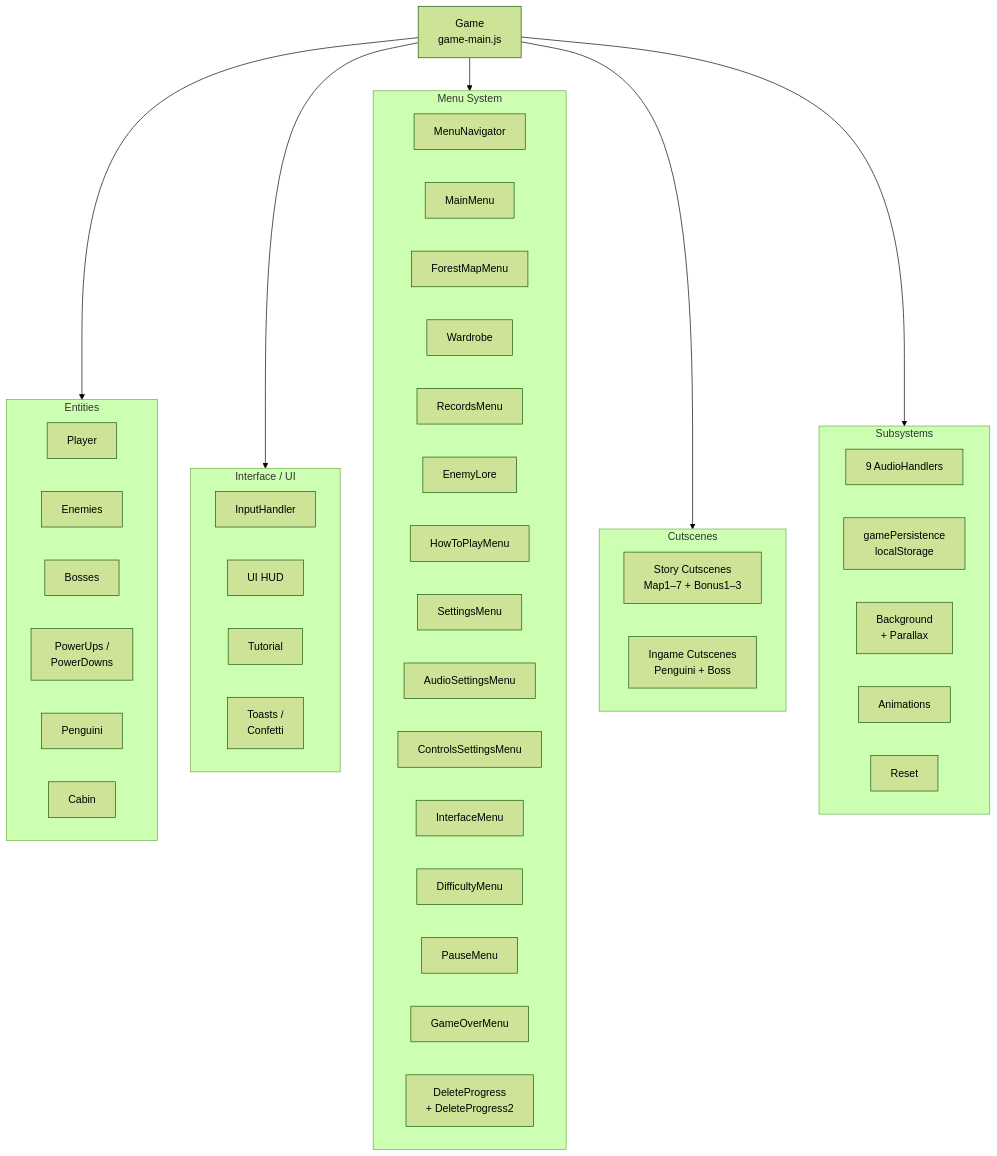
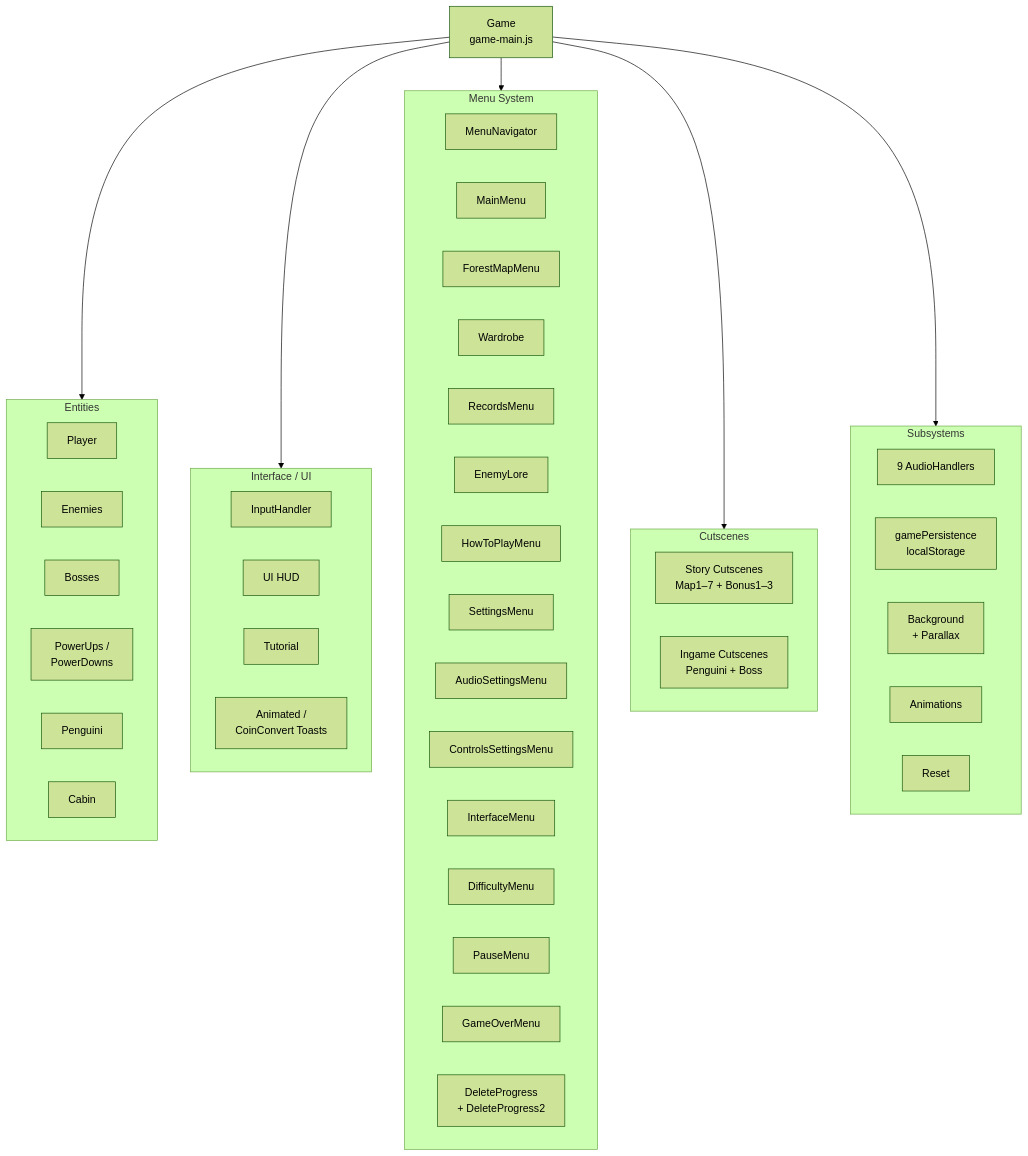
The second of 11 diagrams in ARCHITECTURE.md (danialjivraj/firedog), drawn with Mermaid (forest theme) before and after one commit. The commit also changed other lines of this file, not shown here.

Commit message:
updating architecture

````diff
--- a/ARCHITECTURE.md
+++ b/ARCHITECTURE.md
@@ -33,57 +35,57 @@
 ```mermaid
 flowchart TB
     Game[Game<br/>game-main.js]
 
     subgraph Entities["Entities"]
         Player
         Enemies
         Bosses
         PowerUps[PowerUps /<br/>PowerDowns]
         Penguini
         Cabin
     end
 
     subgraph UI["Interface / UI"]
         Input[InputHandler]
         UIHud[UI HUD]
         Tutorial
-        Toasts[Toasts /<br/>Confetti]
+        Toasts[Animated /<br/>CoinConvert Toasts]
     end
 
     subgraph Menus["Menu System"]
         MN[MenuNavigator]
         Main[MainMenu]
         Forest[ForestMapMenu]
         Wardrobe
         Records[RecordsMenu]
         Lore[EnemyLore]
         HTP[HowToPlayMenu]
         Settings[SettingsMenu]
         Audio[AudioSettingsMenu]
         Controls[ControlsSettingsMenu]
         Interface[InterfaceMenu]
         Difficulty[DifficultyMenu]
         Pause[PauseMenu]
         GameOver[GameOverMenu]
         Delete[DeleteProgress<br/>+ DeleteProgress2]
     end
 
     subgraph Cutscenes["Cutscenes"]
         Story[Story Cutscenes<br/>Map1–7 + Bonus1–3]
         Ingame[Ingame Cutscenes<br/>Penguini + Boss]
     end
 
     subgraph Systems["Subsystems"]
         AH[9 AudioHandlers]
         Persist[gamePersistence<br/>localStorage]
         BG[Background<br/>+ Parallax]
         Anims[Animations]
         Reset
     end
 
     Game --> Entities
     Game --> UI
     Game --> Menus
     Game --> Cutscenes
     Game --> Systems
 ```
````
